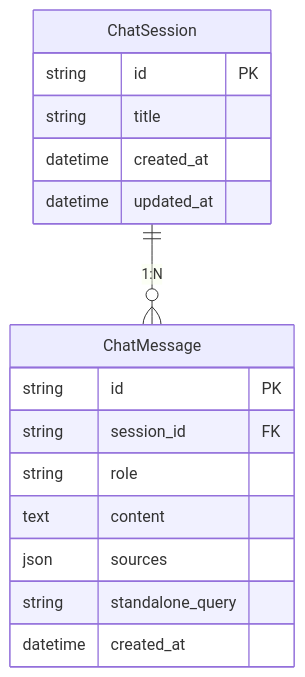
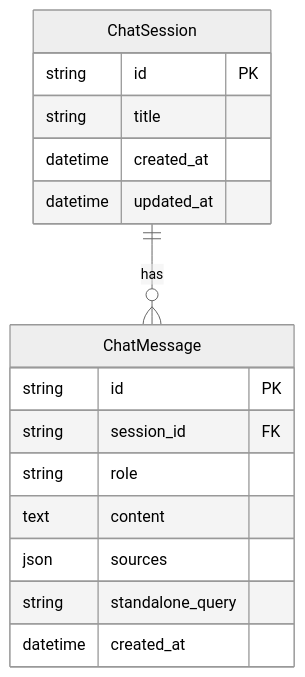
One commit to doananhhung/chat-bot-law changed the diagram in presentation_slides/pages/member4.md. Above: the diagram before and after it, drawn with Mermaid. The commit also changed other lines of this file and 9 other files, not shown here.

````diff
--- a/presentation_slides/pages/member4.md
+++ b/presentation_slides/pages/member4.md
@@ -144,21 +144,22 @@
 ```mermaid
+%%{init: {'theme':'neutral'}}%%
 erDiagram
-    ChatSession ||--o{ ChatMessage : "1:N"
+    ChatSession ||--o{ ChatMessage : "has"
     
     ChatSession {
         string id PK
         string title
         datetime created_at
         datetime updated_at
     }
     
     ChatMessage {
         string id PK
         string session_id FK
         string role
         text content
         json sources
         string standalone_query
         datetime created_at
     }
 ```
````
